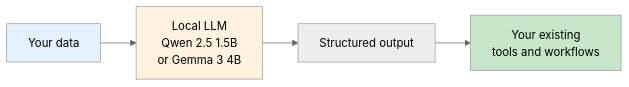
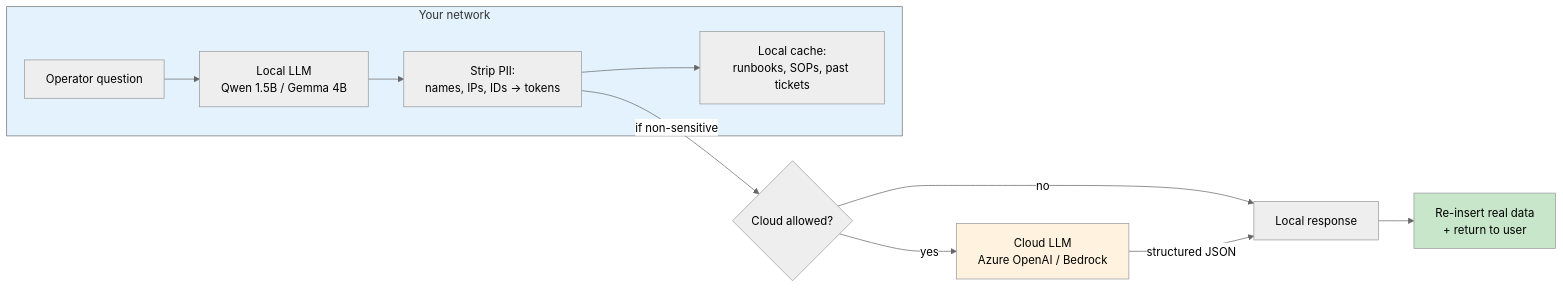
Before and after one commit to aiwithr/ai_llm: the diagram in docs/index.md, drawn with Mermaid (neutral theme). The commit also changed other lines of this file, not shown here.

````diff
--- a/docs/index.md
+++ b/docs/index.md
@@ -68,10 +31,17 @@
 ```mermaid
 flowchart LR
-    A[Your data] --> B[Local LLM<br/>Qwen 2.5 1.5B<br/>or Gemma 3 4B]
-    B --> C[Structured output]
-    C --> D[Your existing<br/>tools and workflows]
+    subgraph Local["Your network"]
+        U[Operator question] --> L[Local LLM<br/>Qwen 1.5B / Gemma 4B]
+        L --> S[Strip PII:<br/>names, IPs, IDs → tokens]
+        S --> C[Local cache:<br/>runbooks, SOPs, past tickets]
+    end
+    S -- "if non-sensitive" --> X{Cloud allowed?}
+    X -- "no" --> R[Local response]
+    X -- "yes" --> A[Cloud LLM<br/>Azure OpenAI / Bedrock]
+    A -- "structured JSON" --> R
+    R --> V[Re-insert real data<br/>+ return to user]
 
-    style A fill:#e3f2fd
-    style B fill:#fff3e0
-    style D fill:#c8e6c9
+    style Local fill:#e3f2fd
+    style A fill:#fff3e0
+    style V fill:#c8e6c9
 ```
````
